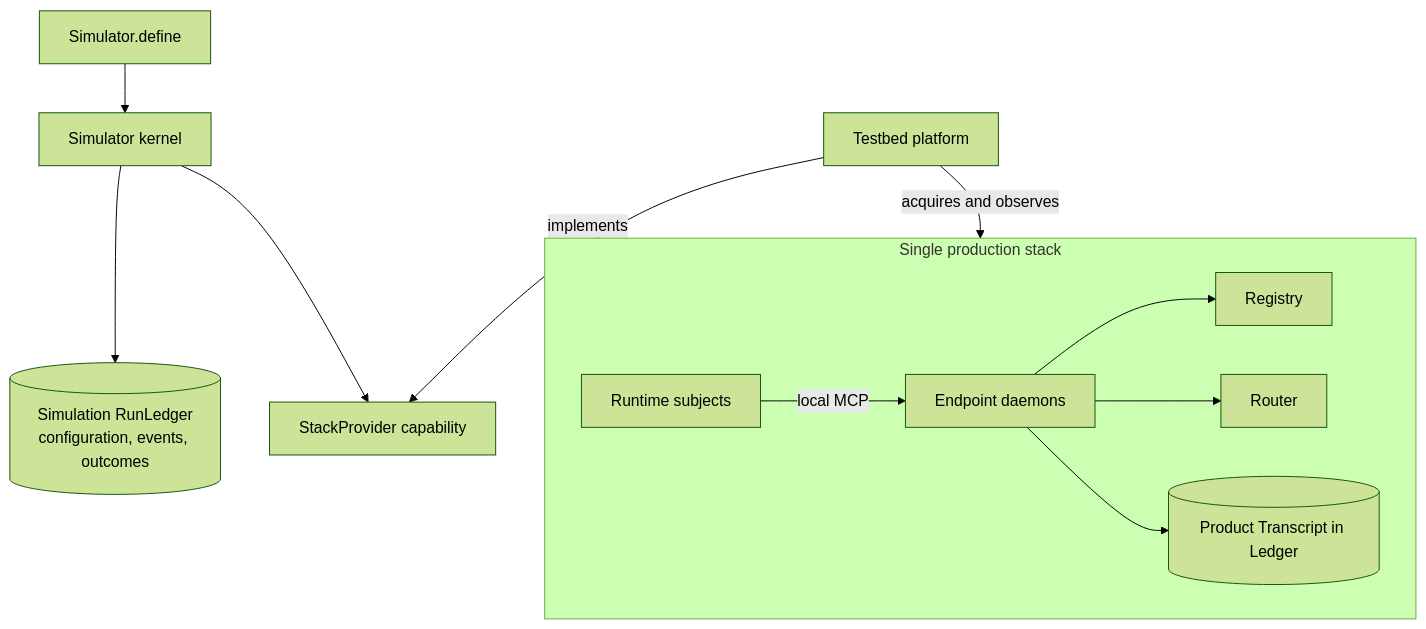
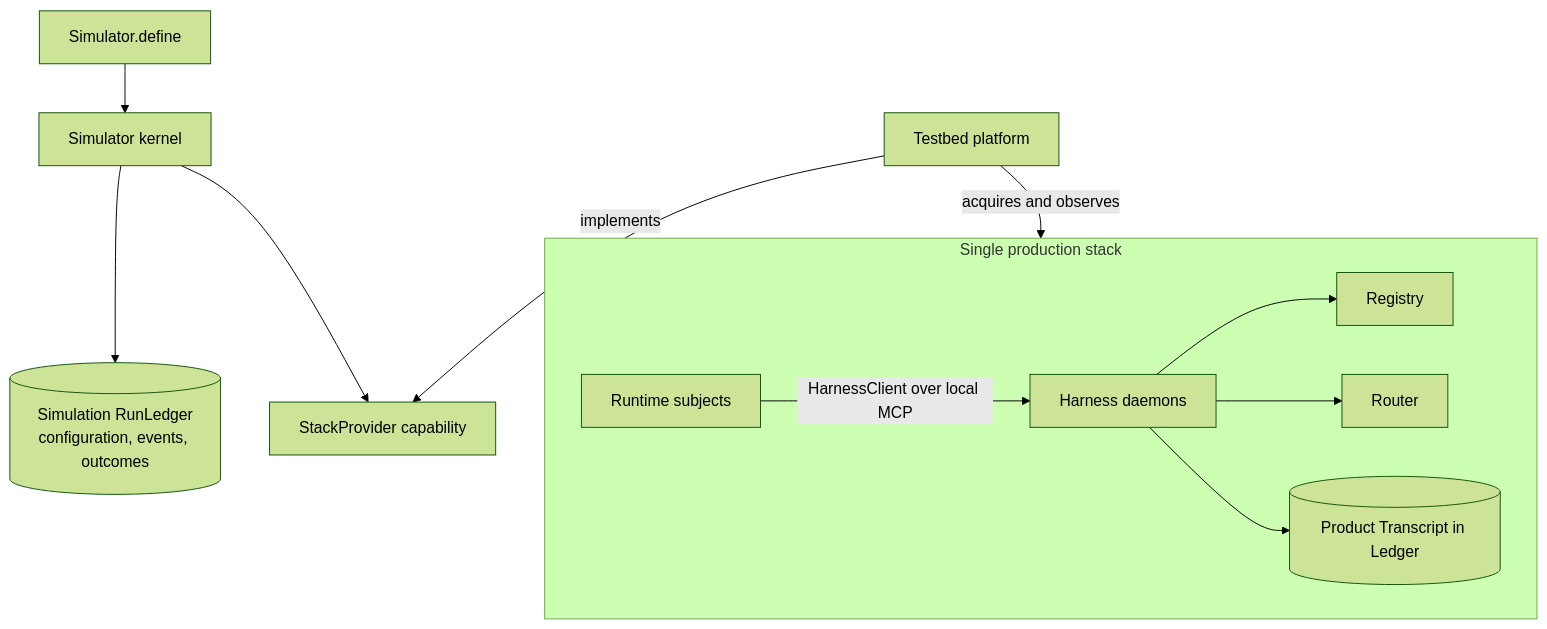
Before and after one commit to chughtapan/moltzap: the third of 3 diagrams in docs/architecture/components.md, drawn with Mermaid (forest theme). The commit also changed other lines of this file and 42 other files, not shown here.

````diff
--- a/docs/architecture/components.md
+++ b/docs/architecture/components.md
@@ -141,26 +152,26 @@
 ```mermaid
 flowchart TB
   DEF[Simulator.define]
   K[Simulator kernel]
   RL[(Simulation RunLedger<br>configuration, events, outcomes)]
   SP[StackProvider capability]
   TB[Testbed platform]
 
   subgraph OneStack[Single production stack]
     I[Registry]
     R[Router]
     L[(Product Transcript in Ledger)]
-    DA[Endpoint daemons]
+    DA[Harness daemons]
     RT[Runtime subjects]
     DA --> I
     DA --> R
     DA --> L
-    RT -- local MCP --> DA
+    RT -- "HarnessClient over local MCP" --> DA
   end
 
   DEF --> K
   K --> RL
   K --> SP
   TB -- implements --> SP
   TB -- acquires and observes --> OneStack
 ```
````
